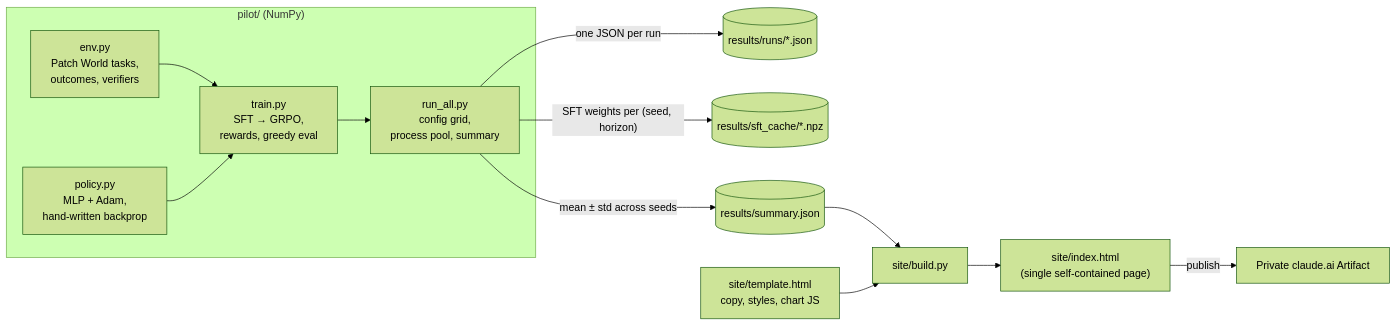
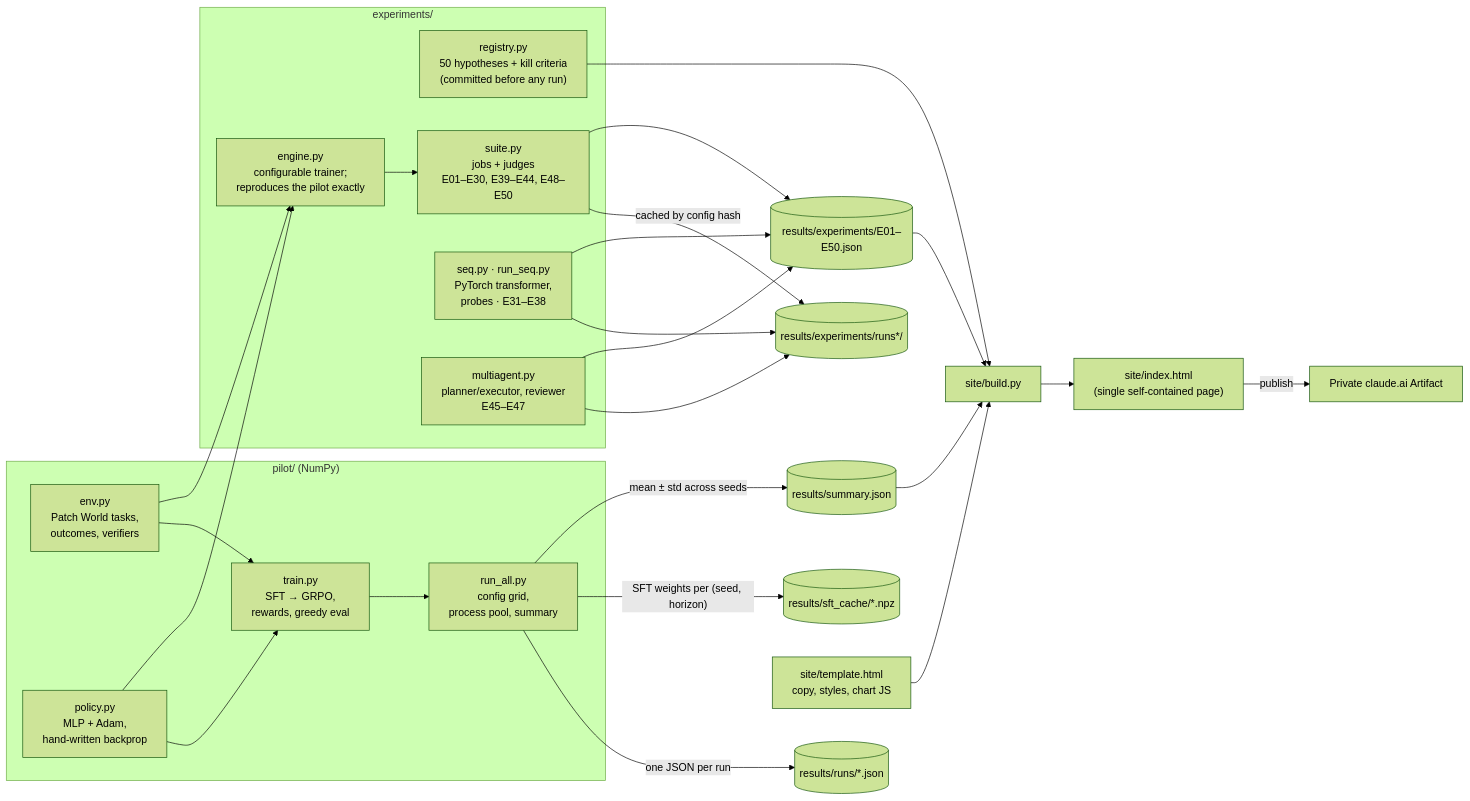
One commit to amalmehta/long_term_horizon_planning changed the diagram in docs/SYSTEM-DESIGN.md. Above: the diagram before and after it, drawn with Mermaid (forest theme). The commit also changed other lines of this file and 2 other files, not shown here.

Commit message:
Document the experiment log: setup, runners, design and result format

````diff
--- a/docs/SYSTEM-DESIGN.md
+++ b/docs/SYSTEM-DESIGN.md
@@ -7,19 +7,37 @@
 ```mermaid
 flowchart LR
     subgraph Pilot["pilot/ (NumPy)"]
         ENV["env.py<br/>Patch World tasks,<br/>outcomes, verifiers"]
         POL["policy.py<br/>MLP + Adam,<br/>hand-written backprop"]
         TR["train.py<br/>SFT → GRPO,<br/>rewards, greedy eval"]
         RA["run_all.py<br/>config grid,<br/>process pool, summary"]
         ENV --> TR
         POL --> TR
         TR --> RA
     end
     RA -->|"one JSON per run"| RUNS[("results/runs/*.json")]
     RA -->|"SFT weights per (seed, horizon)"| CACHE[("results/sft_cache/*.npz")]
     RA -->|"mean ± std across seeds"| SUM[("results/summary.json")]
     SUM --> BUILD["site/build.py"]
+    subgraph Log["experiments/"]
+        REG["registry.py<br/>50 hypotheses + kill criteria<br/>(committed before any run)"]
+        ENG["engine.py<br/>configurable trainer;<br/>reproduces the pilot exactly"]
+        SUITE["suite.py<br/>jobs + judges<br/>E01–E30, E39–E44, E48–E50"]
+        SEQ["seq.py · run_seq.py<br/>PyTorch transformer,<br/>probes · E31–E38"]
+        MA["multiagent.py<br/>planner/executor, reviewer<br/>E45–E47"]
+        ENG --> SUITE
+    end
+    ENV --> ENG
+    POL --> ENG
+    SUITE -->|"cached by config hash"| XRUNS[("results/experiments/runs*/")]
+    SEQ --> XRUNS
+    MA --> XRUNS
+    SUITE --> XRES[("results/experiments/E01–E50.json")]
+    SEQ --> XRES
+    MA --> XRES
+    REG --> BUILD
+    XRES --> BUILD
     TPL["site/template.html<br/>copy, styles, chart JS"] --> BUILD
     BUILD --> HTML["site/index.html<br/>(single self-contained page)"]
     HTML -->|publish| ART["Private claude.ai Artifact"]
 ```
````
